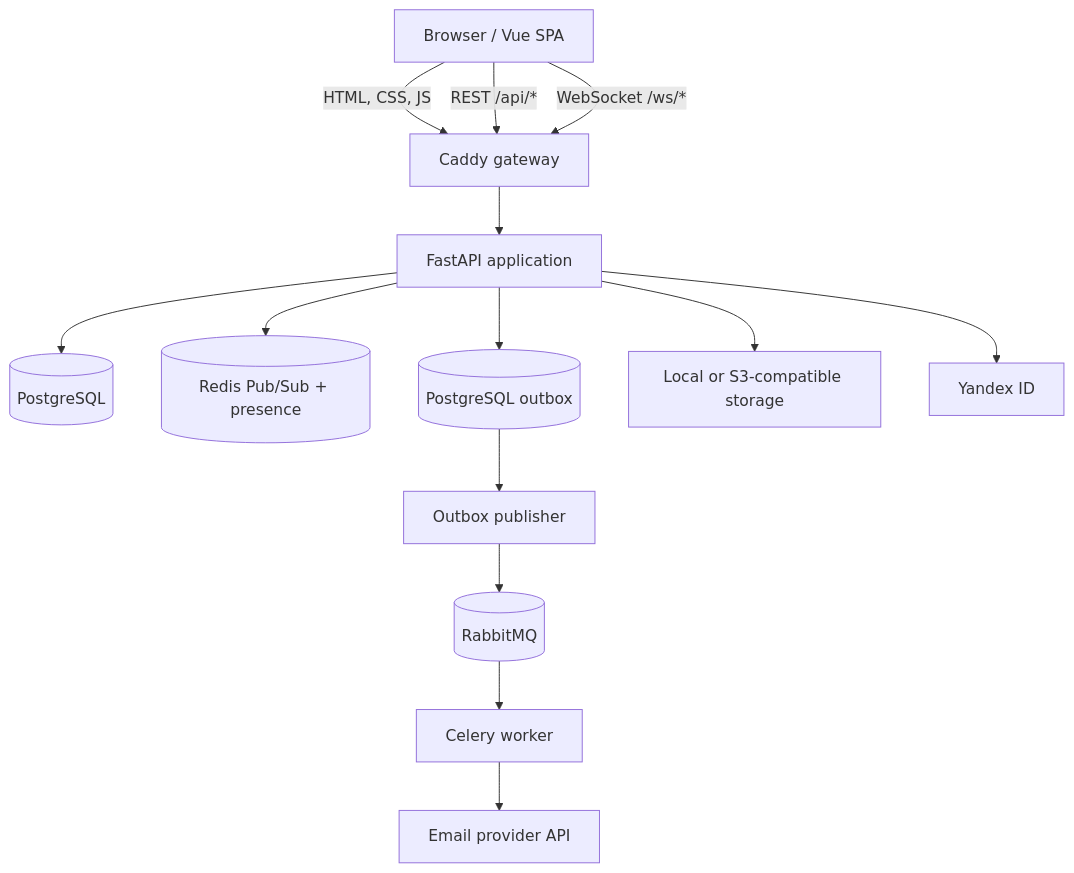
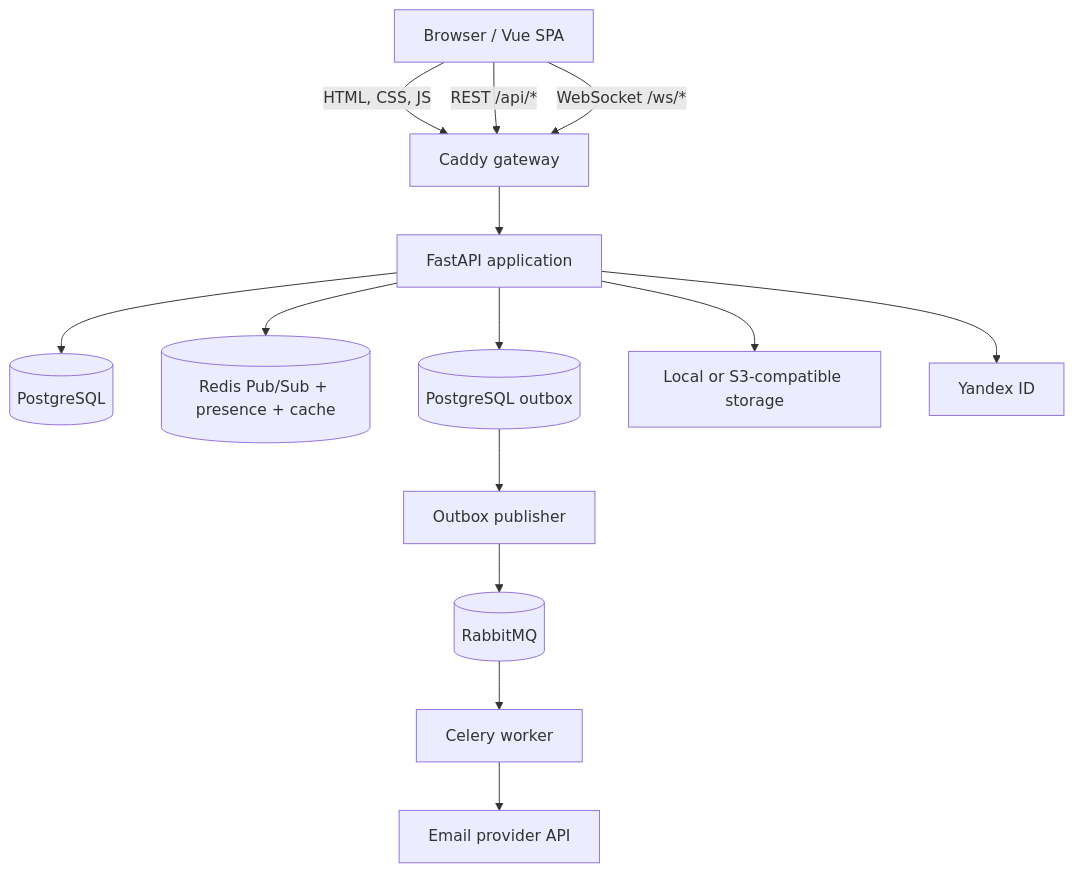
The first of 4 diagrams in docs/architecture.md (Ilm1n/Kantano), drawn with Mermaid before and after one commit. The commit also changed other lines of this file and 29 other files, not shown here.

````diff
--- a/docs/architecture.md
+++ b/docs/architecture.md
@@ -7,26 +7,26 @@
 ```mermaid
 flowchart TB
     client["Browser / Vue SPA"]
     gateway["Caddy gateway"]
     api["FastAPI application"]
     postgres[("PostgreSQL")]
-    redis[("Redis Pub/Sub + presence")]
+    redis[("Redis Pub/Sub + presence + cache")]
     outbox[("PostgreSQL outbox")]
     publisher["Outbox publisher"]
     rabbit[("RabbitMQ")]
     worker["Celery worker"]
     email["Email provider API"]
     files["Local or S3-compatible storage"]
     oauth["Yandex ID"]
 
     client -->|"HTML, CSS, JS"| gateway
     client -->|"REST /api/*"| gateway
     client -->|"WebSocket /ws/*"| gateway
     gateway --> api
     api --> postgres
     api --> redis
     api --> files
     api --> oauth
     api --> outbox
     outbox --> publisher --> rabbit --> worker --> email
 ```
````
